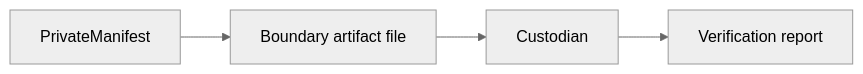
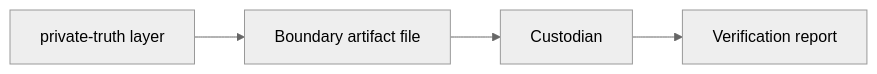
Before and after one commit to ProtocolWarden/ProtocolWarden.github.io: the second of 3 diagrams in docs/architecture/simple-platform-model.md, drawn with Mermaid (neutral theme). The commit also changed other lines of this file and 16 other files, not shown here.

````diff
--- a/docs/architecture/simple-platform-model.md
+++ b/docs/architecture/simple-platform-model.md
@@ -34,6 +34,6 @@
 ```mermaid
 graph LR
-    PRM[PrivateManifest] --> ART[Boundary artifact file]
+    PRM[private-truth layer] --> ART[Boundary artifact file]
     ART --> CUST[Custodian]
     CUST --> REP[Verification report]
 ```
````
